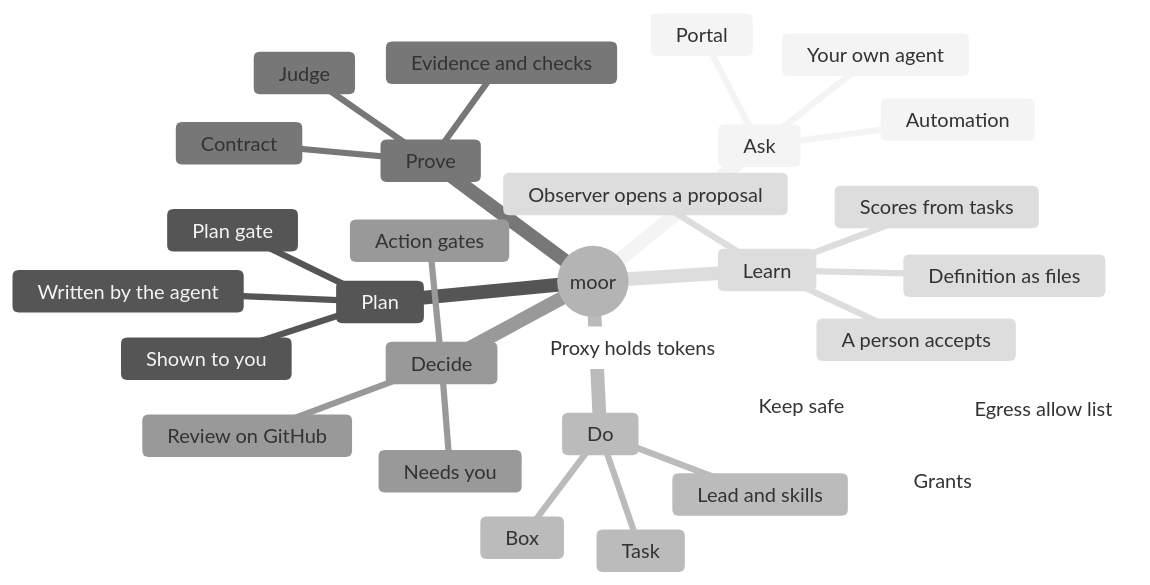
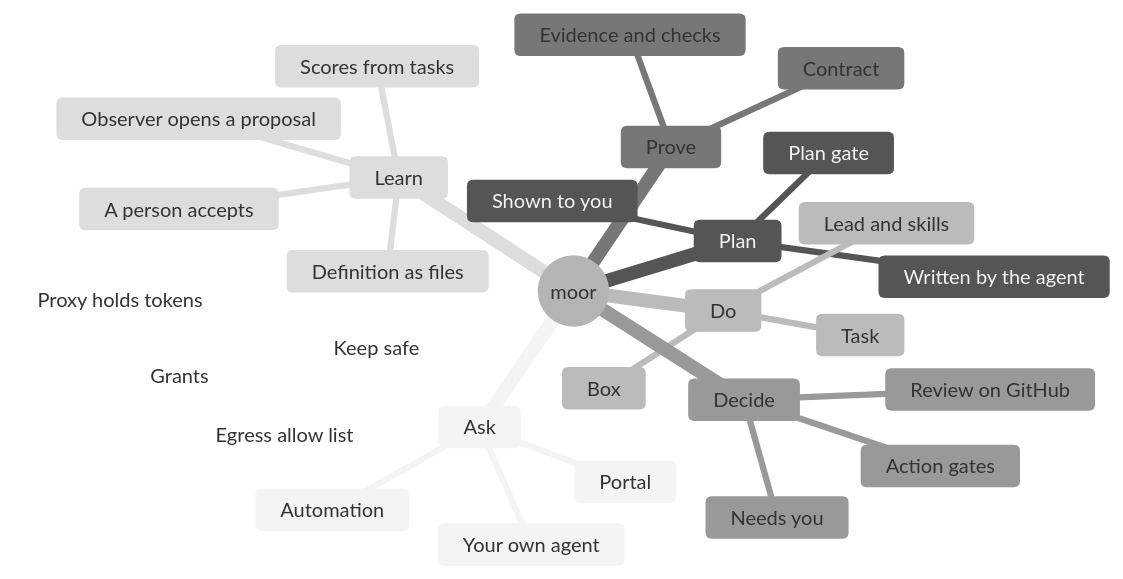
The fourth of 4 diagrams in docs/specs/position.md (IniZio/moor), drawn with Mermaid (neutral theme) before and after one commit. The commit also changed other lines of this file, not shown here.

Commit message:
docs(specs): defer the judge at the done gate

````diff
--- a/docs/specs/position.md
+++ b/docs/specs/position.md
@@ -313,33 +310,32 @@
 ```mermaid
 mindmap
   root((moor))
     Ask
       Portal
       Your own agent
       Automation
     Plan
       Written by the agent
       Shown to you
       Plan gate
     Do
       Task
       Box
       Lead and skills
     Prove
       Contract
       Evidence and checks
-      Judge
     Decide
       Needs you
       Action gates
       Review on GitHub
     Learn
       Definition as files
       Scores from tasks
       Observer opens a proposal
       A person accepts
     Keep safe
       Proxy holds tokens
       Egress allow list
       Grants
 ```
````
